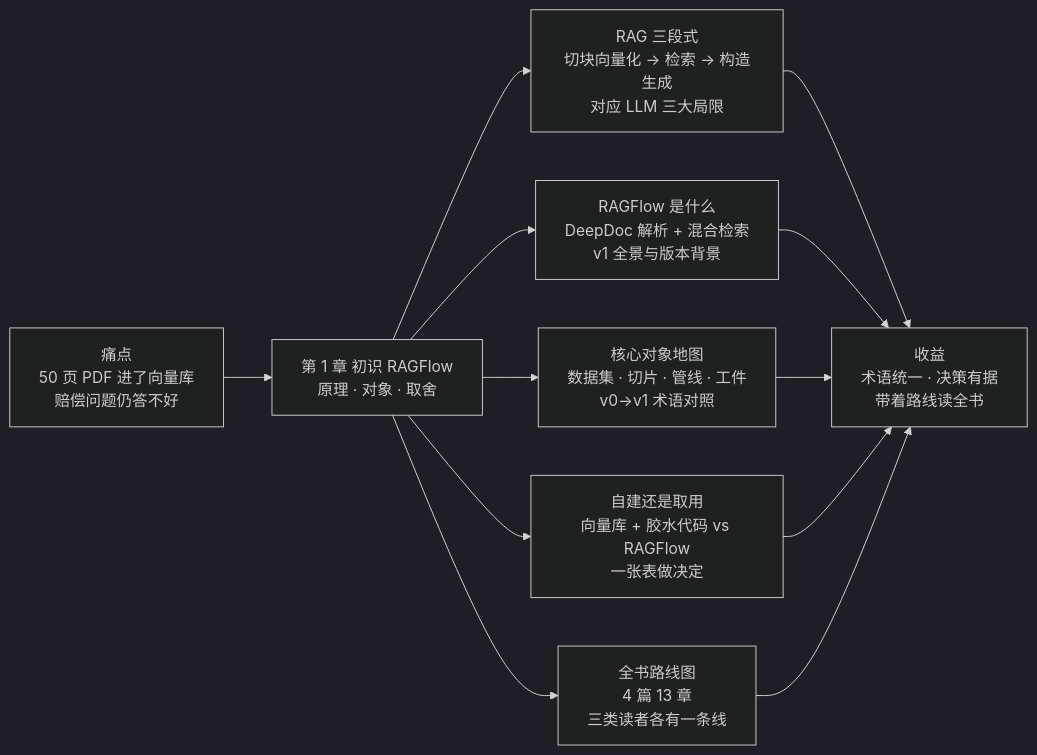
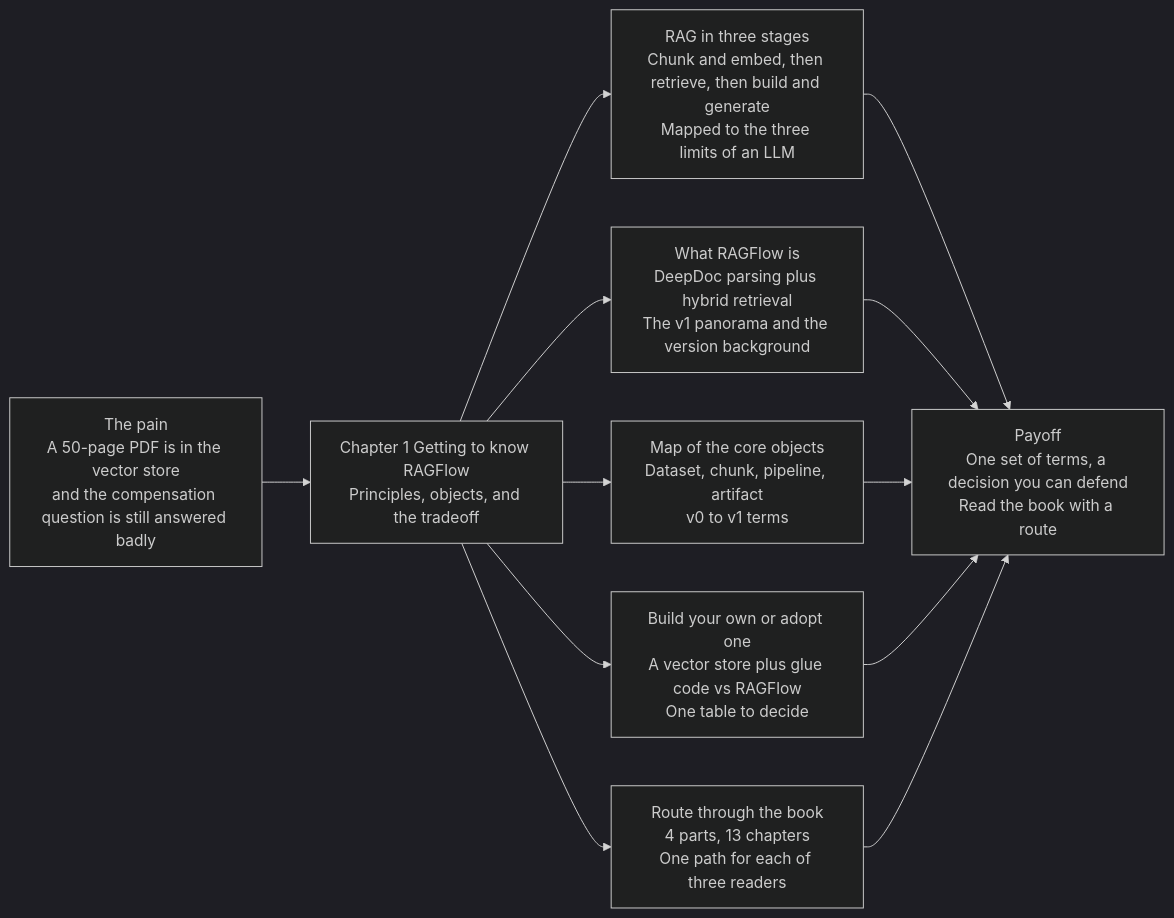
One commit to ybak/ai-tutorial changed the first of 2 diagrams in books/ragflow/en/chapters/01-overview.md. Above: the diagram before and after it, drawn with Mermaid (dark theme). The commit also changed other lines of this file and 16 other files, not shown here.

First line of the commit message:
docs(ragflow): 按审阅改英文图、注释和正文

````diff
--- a/books/ragflow/en/chapters/01-overview.md
+++ b/books/ragflow/en/chapters/01-overview.md
@@ -11,14 +11,14 @@
 ```mermaid
 flowchart LR
-    A["痛点<br/>50 页 PDF 进了向量库<br/>赔偿问题仍答不好"] --> B["第 1 章 初识 RAGFlow<br/>原理 · 对象 · 取舍"]
-    B --> C["RAG 三段式<br/>切块向量化 → 检索 → 构造生成<br/>对应 LLM 三大局限"]
-    B --> D["RAGFlow 是什么<br/>DeepDoc 解析 + 混合检索<br/>v1 全景与版本背景"]
-    B --> E["核心对象地图<br/>数据集 · 切片 · 管线 · 工件<br/>v0→v1 术语对照"]
-    B --> F["自建还是取用<br/>向量库 + 胶水代码 vs RAGFlow<br/>一张表做决定"]
-    B --> G["全书路线图<br/>4 篇 13 章<br/>三类读者各有一条线"]
-    C --> H["收益<br/>术语统一 · 决策有据<br/>带着路线读全书"]
+    A["The pain<br/>A 50-page PDF is in the vector store<br/>and the compensation question is still answered badly"] --> B["Chapter 1 Getting to know RAGFlow<br/>Principles, objects, and the tradeoff"]
+    B --> C["RAG in three stages<br/>Chunk and embed, then retrieve, then build and generate<br/>Mapped to the three limits of an LLM"]
+    B --> D["What RAGFlow is<br/>DeepDoc parsing plus hybrid retrieval<br/>The v1 panorama and the version background"]
+    B --> E["Map of the core objects<br/>Dataset, chunk, pipeline, artifact<br/>v0 to v1 terms"]
+    B --> F["Build your own or adopt one<br/>A vector store plus glue code vs RAGFlow<br/>One table to decide"]
+    B --> G["Route through the book<br/>4 parts, 13 chapters<br/>One path for each of three readers"]
+    C --> H["Payoff<br/>One set of terms, a decision you can defend<br/>Read the book with a route"]
     D --> H
     E --> H
     F --> H
     G --> H
 ```
````
